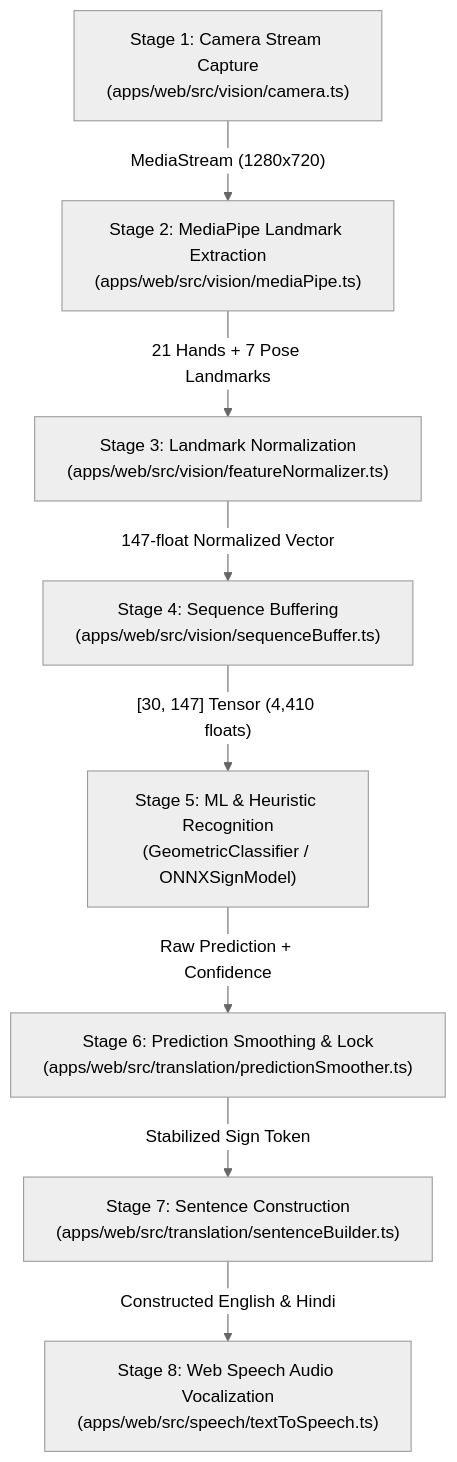
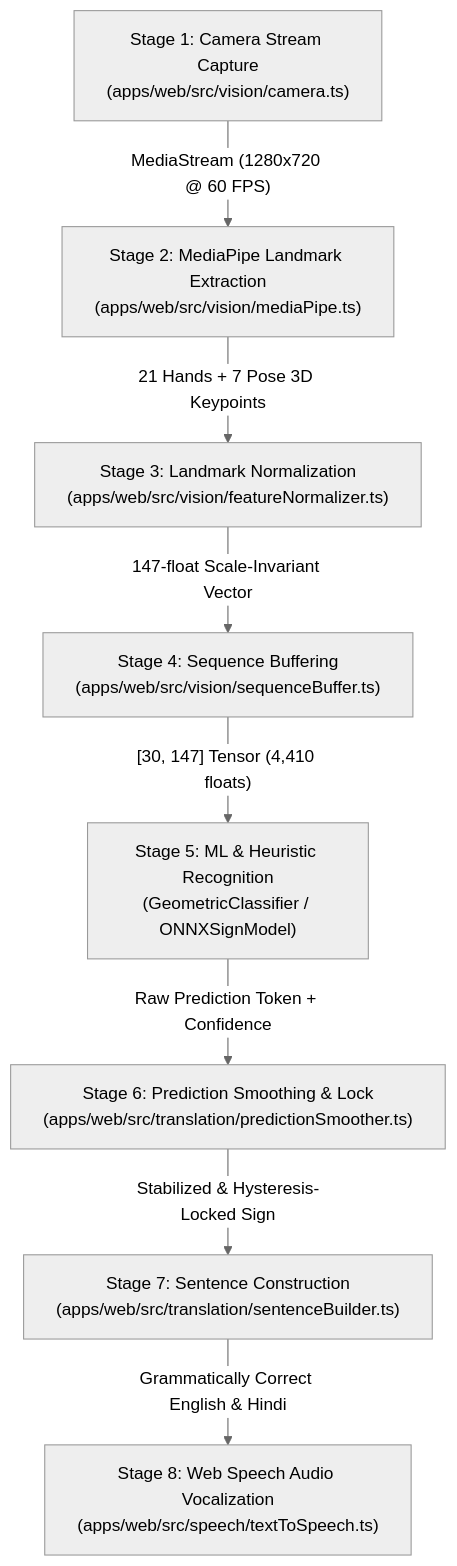
One commit to Subhajit-garai/Gesturify changed the second of 2 diagrams in summary.md. Above: the diagram before and after it, drawn with Mermaid (neutral theme). The commit also changed other lines of this file and 1 other file, not shown here.

Commit message:
docs: expand README with comprehensive project documentation, architecture details, and feature matrix

````diff
--- a/summary.md
+++ b/summary.md
@@ -99,19 +328,19 @@
 ```mermaid
 flowchart TD
     S1["Stage 1: Camera Stream Capture<br/>(apps/web/src/vision/camera.ts)"]
     S2["Stage 2: MediaPipe Landmark Extraction<br/>(apps/web/src/vision/mediaPipe.ts)"]
     S3["Stage 3: Landmark Normalization<br/>(apps/web/src/vision/featureNormalizer.ts)"]
     S4["Stage 4: Sequence Buffering<br/>(apps/web/src/vision/sequenceBuffer.ts)"]
     S5["Stage 5: ML & Heuristic Recognition<br/>(GeometricClassifier / ONNXSignModel)"]
     S6["Stage 6: Prediction Smoothing & Lock<br/>(apps/web/src/translation/predictionSmoother.ts)"]
     S7["Stage 7: Sentence Construction<br/>(apps/web/src/translation/sentenceBuilder.ts)"]
     S8["Stage 8: Web Speech Audio Vocalization<br/>(apps/web/src/speech/textToSpeech.ts)"]
 
-    S1 -->|"MediaStream (1280x720)"| S2
-    S2 -->|"21 Hands + 7 Pose Landmarks"| S3
-    S3 -->|"147-float Normalized Vector"| S4
+    S1 -->|"MediaStream (1280x720 @ 60 FPS)"| S2
+    S2 -->|"21 Hands + 7 Pose 3D Keypoints"| S3
+    S3 -->|"147-float Scale-Invariant Vector"| S4
     S4 -->|"[30, 147] Tensor (4,410 floats)"| S5
-    S5 -->|"Raw Prediction + Confidence"| S6
-    S6 -->|"Stabilized Sign Token"| S7
-    S7 -->|"Constructed English & Hindi"| S8
+    S5 -->|"Raw Prediction Token + Confidence"| S6
+    S6 -->|"Stabilized & Hysteresis-Locked Sign"| S7
+    S7 -->|"Grammatically Correct English & Hindi"| S8
 ```
````
